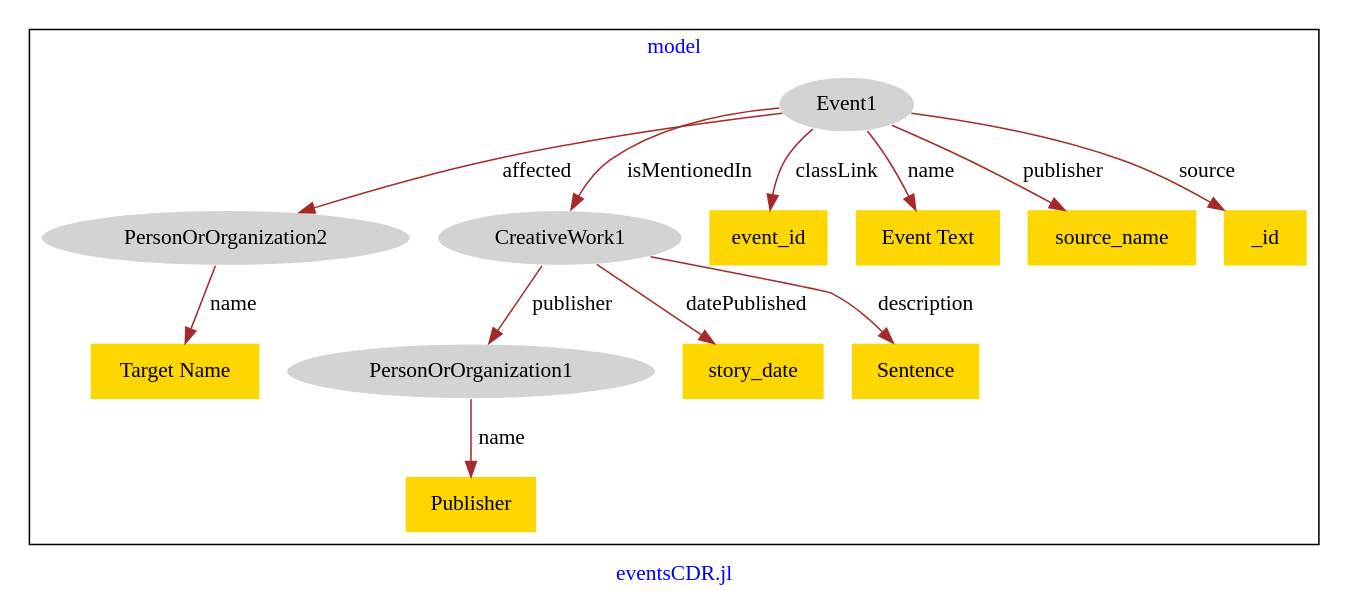
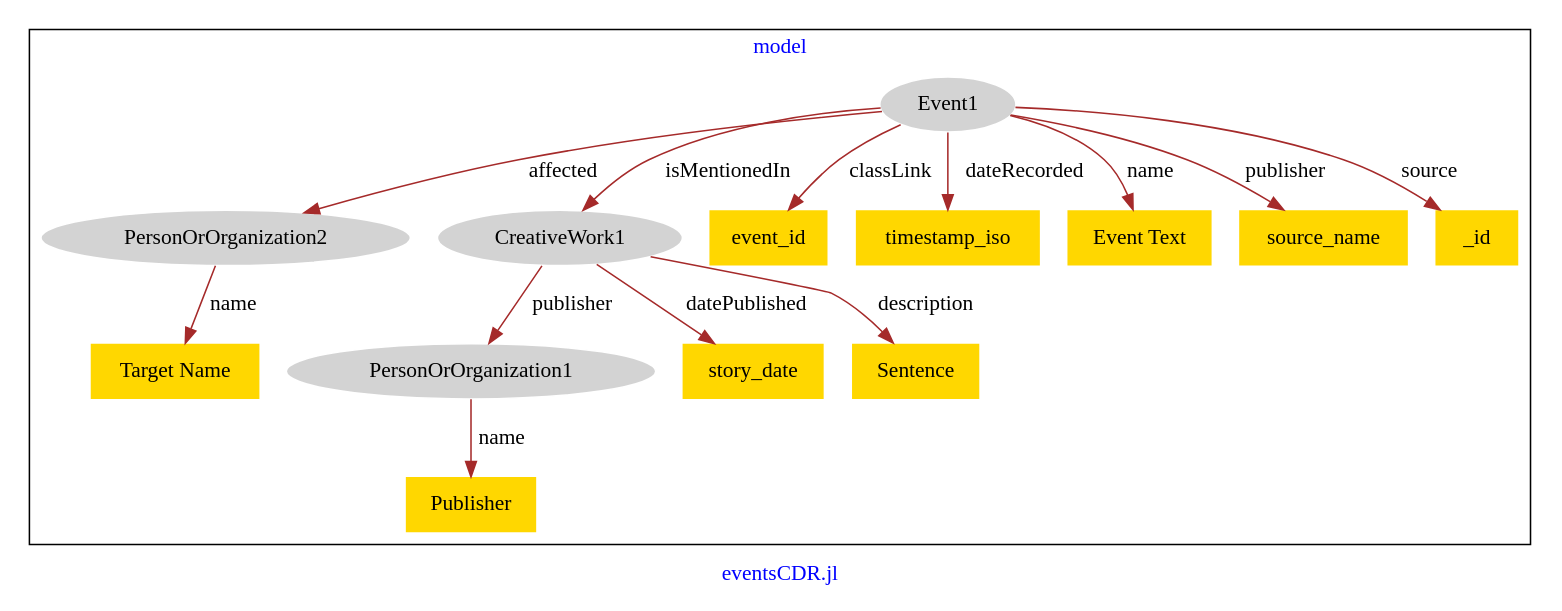
The diagram in models/lockheed-events/eventsCDR-model.dot (usc-isi-i2/effect-alignment), drawn with Graphviz before and after one commit.

Commit message:
Update file eventsCDR-model.dot

```diff
--- a/models/lockheed-events/eventsCDR-model.dot
+++ b/models/lockheed-events/eventsCDR-model.dot
@@ -1,31 +1,33 @@
 digraph n0 {
 fontcolor="blue"
 remincross="true"
 label="eventsCDR.jl"
 subgraph cluster {
 label="model"
 n2[style="filled",color="white",fillcolor="lightgray",label="PersonOrOrganization1"];
 n3[shape="plaintext",style="filled",fillcolor="gold",label="Publisher"];
 n4[style="filled",color="white",fillcolor="lightgray",label="PersonOrOrganization2"];
 n5[shape="plaintext",style="filled",fillcolor="gold",label="Target Name"];
 n6[style="filled",color="white",fillcolor="lightgray",label="CreativeWork1"];
 n7[shape="plaintext",style="filled",fillcolor="gold",label="story_date"];
 n8[shape="plaintext",style="filled",fillcolor="gold",label="Sentence"];
 n9[style="filled",color="white",fillcolor="lightgray",label="Event1"];
 n10[shape="plaintext",style="filled",fillcolor="gold",label="event_id"];
-n11[shape="plaintext",style="filled",fillcolor="gold",label="Event Text"];
-n12[shape="plaintext",style="filled",fillcolor="gold",label="source_name"];
-n13[shape="plaintext",style="filled",fillcolor="gold",label="_id"];
+n11[shape="plaintext",style="filled",fillcolor="gold",label="timestamp_iso"];
+n12[shape="plaintext",style="filled",fillcolor="gold",label="Event Text"];
+n13[shape="plaintext",style="filled",fillcolor="gold",label="source_name"];
+n14[shape="plaintext",style="filled",fillcolor="gold",label="_id"];
 }
 n2 -> n3[color="brown",fontcolor="black",label="name"]
 n4 -> n5[color="brown",fontcolor="black",label="name"]
 n6 -> n7[color="brown",fontcolor="black",label="datePublished"]
 n6 -> n8[color="brown",fontcolor="black",label="description"]
 n6 -> n2[color="brown",fontcolor="black",label="publisher"]
 n9 -> n10[color="brown",fontcolor="black",label="classLink"]
 n9 -> n4[color="brown",fontcolor="black",label="affected"]
+n9 -> n11[color="brown",fontcolor="black",label="dateRecorded"]
 n9 -> n6[color="brown",fontcolor="black",label="isMentionedIn"]
-n9 -> n11[color="brown",fontcolor="black",label="name"]
-n9 -> n12[color="brown",fontcolor="black",label="publisher"]
-n9 -> n13[color="brown",fontcolor="black",label="source"]
+n9 -> n12[color="brown",fontcolor="black",label="name"]
+n9 -> n13[color="brown",fontcolor="black",label="publisher"]
+n9 -> n14[color="brown",fontcolor="black",label="source"]
 }
```
